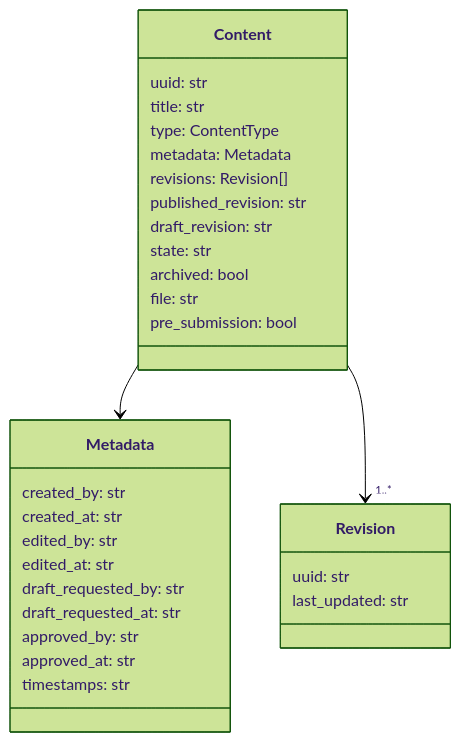
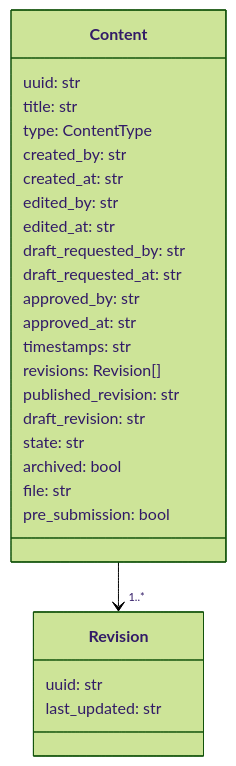
The first of 2 diagrams in docs/DataStructure.md (tng-coop/CmsWorkflow), drawn with Mermaid (forest theme) before and after one commit. The commit also changed other lines of this file and 8 other files, not shown here.

Commit message:
Integrate metadata into content classes

````diff
--- a/docs/DataStructure.md
+++ b/docs/DataStructure.md
@@ -5,33 +5,29 @@
 ```mermaid
 classDiagram
     class Content {
         uuid: str
         title: str
         type: ContentType
-        metadata: Metadata
-        revisions: Revision[]
-        published_revision: str
-        draft_revision: str
-        state: str
-        archived: bool
-        file: str
-        pre_submission: bool
-    }
-    class Metadata {
         created_by: str
         created_at: str
         edited_by: str
         edited_at: str
         draft_requested_by: str
         draft_requested_at: str
         approved_by: str
         approved_at: str
         timestamps: str
+        revisions: Revision[]
+        published_revision: str
+        draft_revision: str
+        state: str
+        archived: bool
+        file: str
+        pre_submission: bool
     }
     class Revision {
         uuid: str
         last_updated: str
     }
-    Content --> Metadata
     Content --> "1..*" Revision
 ```
````
